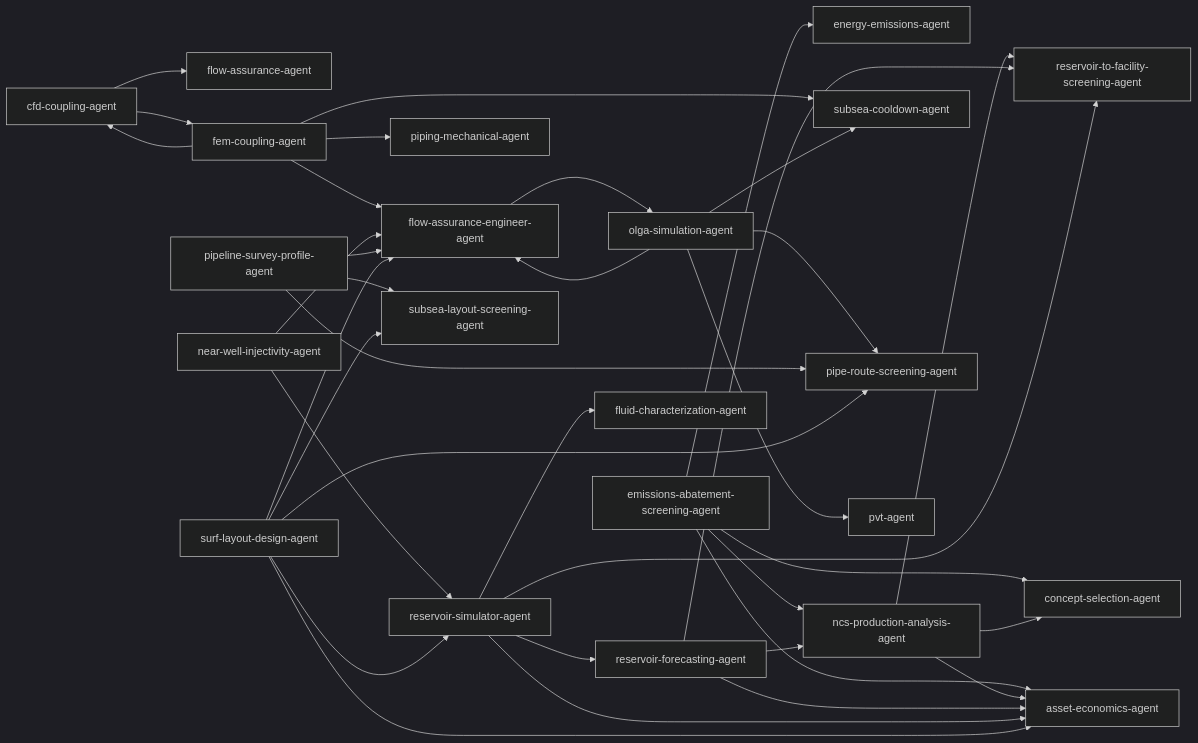
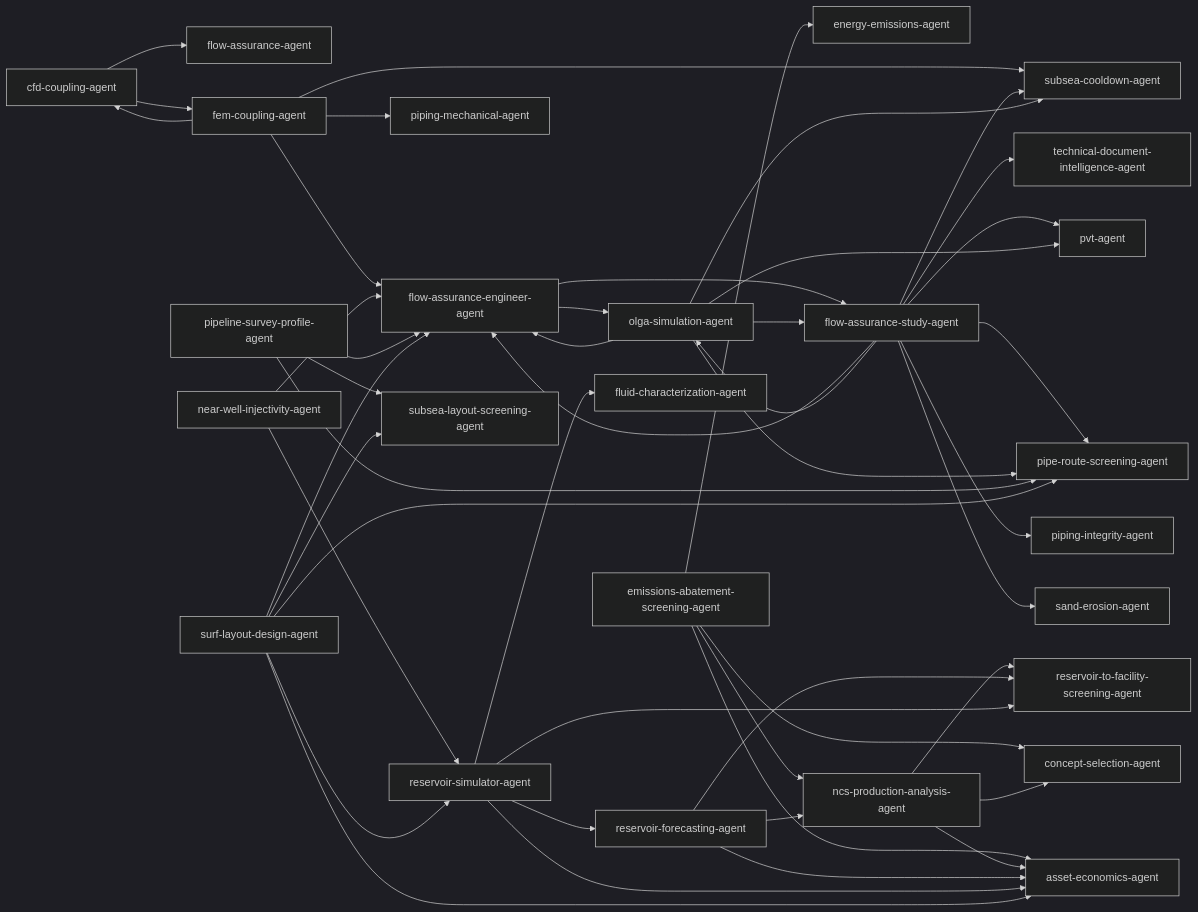
Before and after one commit to equinor/neqsim-community-agents: the diagram in docs/ORCHESTRATION_MAP.md, drawn with Mermaid (dark theme). The commit also changed other lines of this file and 1 other file, not shown here.

````diff
--- a/docs/ORCHESTRATION_MAP.md
+++ b/docs/ORCHESTRATION_MAP.md
@@ -62,38 +63,48 @@
 ```mermaid
 graph LR
     cfd_coupling_agent["cfd-coupling-agent"] --> flow_assurance_agent["flow-assurance-agent"]
     cfd_coupling_agent["cfd-coupling-agent"] --> fem_coupling_agent["fem-coupling-agent"]
     emissions_abatement_screening_agent["emissions-abatement-screening-agent"] --> energy_emissions_agent["energy-emissions-agent"]
     emissions_abatement_screening_agent["emissions-abatement-screening-agent"] --> ncs_production_analysis_agent["ncs-production-analysis-agent"]
     emissions_abatement_screening_agent["emissions-abatement-screening-agent"] --> concept_selection_agent["concept-selection-agent"]
     emissions_abatement_screening_agent["emissions-abatement-screening-agent"] --> asset_economics_agent["asset-economics-agent"]
     fem_coupling_agent["fem-coupling-agent"] --> cfd_coupling_agent["cfd-coupling-agent"]
     fem_coupling_agent["fem-coupling-agent"] --> subsea_cooldown_agent["subsea-cooldown-agent"]
     fem_coupling_agent["fem-coupling-agent"] --> flow_assurance_engineer_agent["flow-assurance-engineer-agent"]
     fem_coupling_agent["fem-coupling-agent"] --> piping_mechanical_agent["piping-mechanical-agent"]
     flow_assurance_engineer_agent["flow-assurance-engineer-agent"] --> olga_simulation_agent["olga-simulation-agent"]
+    flow_assurance_engineer_agent["flow-assurance-engineer-agent"] --> flow_assurance_study_agent["flow-assurance-study-agent"]
+    flow_assurance_study_agent["flow-assurance-study-agent"] --> technical_document_intelligence_agent["technical-document-intelligence-agent"]
+    flow_assurance_study_agent["flow-assurance-study-agent"] --> pvt_agent["pvt-agent"]
+    flow_assurance_study_agent["flow-assurance-study-agent"] --> pipe_route_screening_agent["pipe-route-screening-agent"]
+    flow_assurance_study_agent["flow-assurance-study-agent"] --> flow_assurance_engineer_agent["flow-assurance-engineer-agent"]
+    flow_assurance_study_agent["flow-assurance-study-agent"] --> olga_simulation_agent["olga-simulation-agent"]
+    flow_assurance_study_agent["flow-assurance-study-agent"] --> subsea_cooldown_agent["subsea-cooldown-agent"]
+    flow_assurance_study_agent["flow-assurance-study-agent"] --> piping_integrity_agent["piping-integrity-agent"]
+    flow_assurance_study_agent["flow-assurance-study-agent"] --> sand_erosion_agent["sand-erosion-agent"]
     ncs_production_analysis_agent["ncs-production-analysis-agent"] --> reservoir_to_facility_screening_agent["reservoir-to-facility-screening-agent"]
     ncs_production_analysis_agent["ncs-production-analysis-agent"] --> concept_selection_agent["concept-selection-agent"]
     ncs_production_analysis_agent["ncs-production-analysis-agent"] --> asset_economics_agent["asset-economics-agent"]
     near_well_injectivity_agent["near-well-injectivity-agent"] --> reservoir_simulator_agent["reservoir-simulator-agent"]
     near_well_injectivity_agent["near-well-injectivity-agent"] --> flow_assurance_engineer_agent["flow-assurance-engineer-agent"]
     olga_simulation_agent["olga-simulation-agent"] --> flow_assurance_engineer_agent["flow-assurance-engineer-agent"]
+    olga_simulation_agent["olga-simulation-agent"] --> flow_assurance_study_agent["flow-assurance-study-agent"]
     olga_simulation_agent["olga-simulation-agent"] --> pipe_route_screening_agent["pipe-route-screening-agent"]
     olga_simulation_agent["olga-simulation-agent"] --> subsea_cooldown_agent["subsea-cooldown-agent"]
     olga_simulation_agent["olga-simulation-agent"] --> pvt_agent["pvt-agent"]
     pipeline_survey_profile_agent["pipeline-survey-profile-agent"] --> pipe_route_screening_agent["pipe-route-screening-agent"]
     pipeline_survey_profile_agent["pipeline-survey-profile-agent"] --> subsea_layout_screening_agent["subsea-layout-screening-agent"]
     pipeline_survey_profile_agent["pipeline-survey-profile-agent"] --> flow_assurance_engineer_agent["flow-assurance-engineer-agent"]
     reservoir_forecasting_agent["reservoir-forecasting-agent"] --> ncs_production_analysis_agent["ncs-production-analysis-agent"]
     reservoir_forecasting_agent["reservoir-forecasting-agent"] --> reservoir_to_facility_screening_agent["reservoir-to-facility-screening-agent"]
     reservoir_forecasting_agent["reservoir-forecasting-agent"] --> asset_economics_agent["asset-economics-agent"]
     reservoir_simulator_agent["reservoir-simulator-agent"] --> reservoir_forecasting_agent["reservoir-forecasting-agent"]
     reservoir_simulator_agent["reservoir-simulator-agent"] --> reservoir_to_facility_screening_agent["reservoir-to-facility-screening-agent"]
     reservoir_simulator_agent["reservoir-simulator-agent"] --> fluid_characterization_agent["fluid-characterization-agent"]
     reservoir_simulator_agent["reservoir-simulator-agent"] --> asset_economics_agent["asset-economics-agent"]
     surf_layout_design_agent["surf-layout-design-agent"] --> reservoir_simulator_agent["reservoir-simulator-agent"]
     surf_layout_design_agent["surf-layout-design-agent"] --> subsea_layout_screening_agent["subsea-layout-screening-agent"]
     surf_layout_design_agent["surf-layout-design-agent"] --> pipe_route_screening_agent["pipe-route-screening-agent"]
     surf_layout_design_agent["surf-layout-design-agent"] --> flow_assurance_engineer_agent["flow-assurance-engineer-agent"]
     surf_layout_design_agent["surf-layout-design-agent"] --> asset_economics_agent["asset-economics-agent"]
 ```
````
